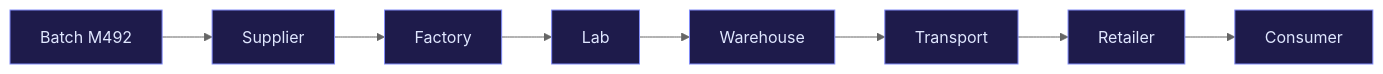
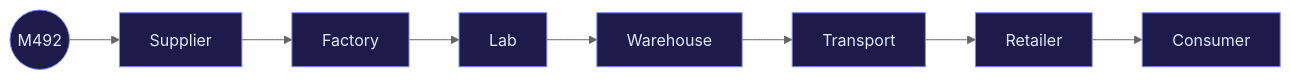
The sixth of 14 diagrams in README.md (codeejb/Foodguard), drawn with Mermaid (neutral theme) before and after one commit. The commit also changed other lines of this file, not shown here.

````diff
--- a/README.md
+++ b/README.md
@@ -270,6 +219,6 @@
 ```mermaid
 flowchart LR
-    ID["Batch M492"] --> S[Supplier] --> F[Factory] --> L[Lab] --> W[Warehouse] --> T[Transport] --> R[Retailer] --> C[Consumer]
+    ID(("M492")) --> S[Supplier] --> F[Factory] --> L[Lab] --> W[Warehouse] --> T[Transport] --> R[Retailer] --> C[Consumer]
     classDef dna fill:#1e1b4b,stroke:#818cf8,color:#e0e7ff
     class ID,S,F,L,W,T,R,C dna
 ```
````
